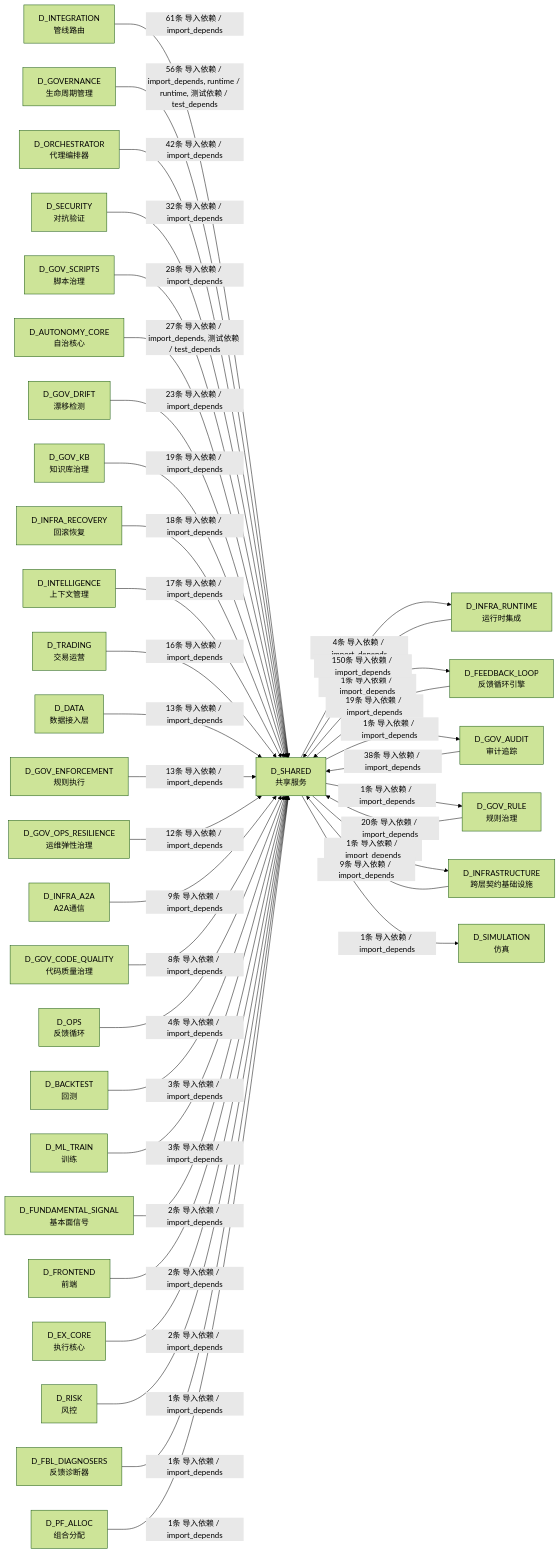
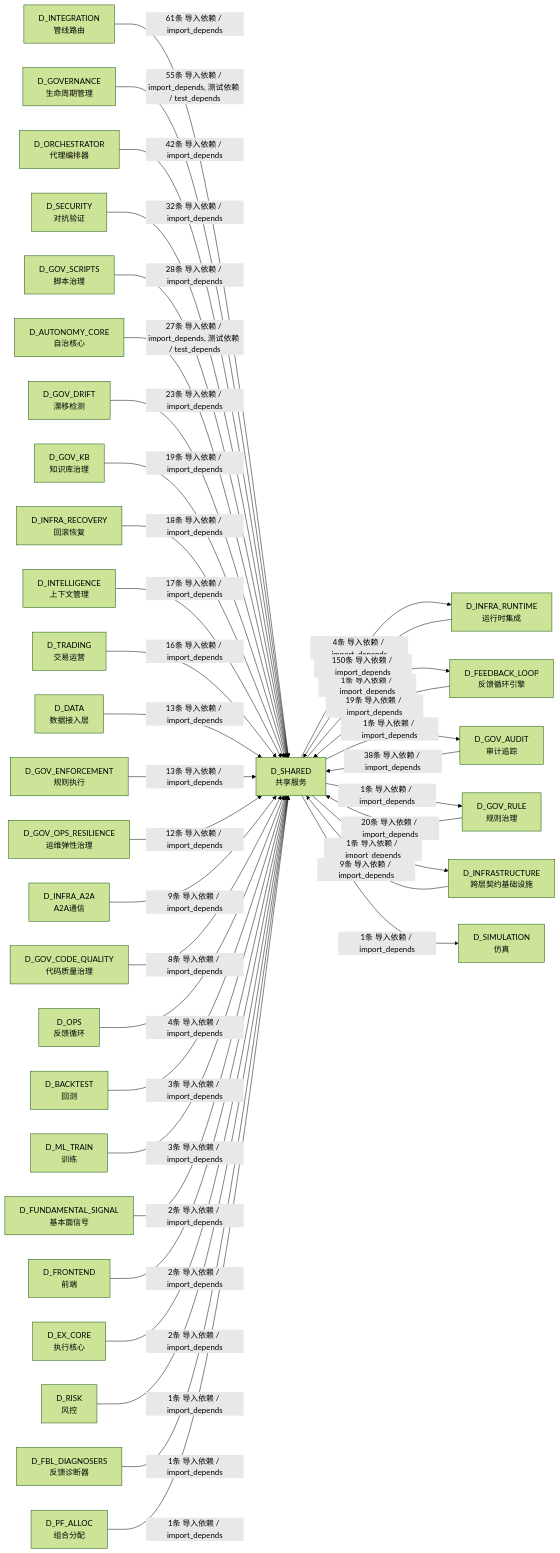
Before and after one commit to xuanFelixVan/ZephyrAlpha: the tenth of 10 diagrams in docs/02_enterprise_architecture/02_domain_architecture_docs/26_d_shared.md, drawn with Mermaid (forest theme). The commit also changed other lines of this file and 105 other files, not shown here.

````diff
--- a/docs/02_enterprise_architecture/02_domain_architecture_docs/26_d_shared.md
+++ b/docs/02_enterprise_architecture/02_domain_architecture_docs/26_d_shared.md
@@ -1749,71 +1748,71 @@
 ```mermaid
 graph LR
     D_SHARED["D_SHARED<br/>共享服务"]
     D_INFRA_RUNTIME["D_INFRA_RUNTIME<br/>运行时集成"]
     D_FEEDBACK_LOOP["D_FEEDBACK_LOOP<br/>反馈循环引擎"]
     D_GOV_AUDIT["D_GOV_AUDIT<br/>审计追踪"]
     D_GOV_RULE["D_GOV_RULE<br/>规则治理"]
     D_INFRASTRUCTURE["D_INFRASTRUCTURE<br/>跨层契约基础设施"]
     D_SIMULATION["D_SIMULATION<br/>仿真"]
     D_INTEGRATION["D_INTEGRATION<br/>管线路由"]
     D_GOVERNANCE["D_GOVERNANCE<br/>生命周期管理"]
     D_ORCHESTRATOR["D_ORCHESTRATOR<br/>代理编排器"]
     D_SECURITY["D_SECURITY<br/>对抗验证"]
     D_GOV_SCRIPTS["D_GOV_SCRIPTS<br/>脚本治理"]
     D_AUTONOMY_CORE["D_AUTONOMY_CORE<br/>自治核心"]
     D_GOV_DRIFT["D_GOV_DRIFT<br/>漂移检测"]
     D_GOV_KB["D_GOV_KB<br/>知识库治理"]
     D_INFRA_RECOVERY["D_INFRA_RECOVERY<br/>回滚恢复"]
     D_INTELLIGENCE["D_INTELLIGENCE<br/>上下文管理"]
     D_TRADING["D_TRADING<br/>交易运营"]
     D_DATA["D_DATA<br/>数据接入层"]
     D_GOV_ENFORCEMENT["D_GOV_ENFORCEMENT<br/>规则执行"]
     D_GOV_OPS_RESILIENCE["D_GOV_OPS_RESILIENCE<br/>运维弹性治理"]
     D_INFRA_A2A["D_INFRA_A2A<br/>A2A通信"]
     D_GOV_CODE_QUALITY["D_GOV_CODE_QUALITY<br/>代码质量治理"]
     D_OPS["D_OPS<br/>反馈循环"]
     D_BACKTEST["D_BACKTEST<br/>回测"]
     D_ML_TRAIN["D_ML_TRAIN<br/>训练"]
     D_FUNDAMENTAL_SIGNAL["D_FUNDAMENTAL_SIGNAL<br/>基本面信号"]
     D_FRONTEND["D_FRONTEND<br/>前端"]
     D_EX_CORE["D_EX_CORE<br/>执行核心"]
     D_RISK["D_RISK<br/>风控"]
     D_FBL_DIAGNOSERS["D_FBL_DIAGNOSERS<br/>反馈诊断器"]
     D_PF_ALLOC["D_PF_ALLOC<br/>组合分配"]
     D_SHARED -->|4条 导入依赖 / import_depends| D_INFRA_RUNTIME
     D_SHARED -->|1条 导入依赖 / import_depends| D_FEEDBACK_LOOP
     D_SHARED -->|1条 导入依赖 / import_depends| D_GOV_AUDIT
     D_SHARED -->|1条 导入依赖 / import_depends| D_GOV_RULE
     D_SHARED -->|1条 导入依赖 / import_depends| D_INFRASTRUCTURE
     D_SHARED -->|1条 导入依赖 / import_depends| D_SIMULATION
     D_INFRA_RUNTIME -->|150条 导入依赖 / import_depends| D_SHARED
     D_INTEGRATION -->|61条 导入依赖 / import_depends| D_SHARED
-    D_GOVERNANCE -->|56条 导入依赖 / import_depends, runtime / runtime, 测试依赖 / test_depends| D_SHARED
+    D_GOVERNANCE -->|55条 导入依赖 / import_depends, 测试依赖 / test_depends| D_SHARED
     D_ORCHESTRATOR -->|42条 导入依赖 / import_depends| D_SHARED
     D_GOV_AUDIT -->|38条 导入依赖 / import_depends| D_SHARED
     D_SECURITY -->|32条 导入依赖 / import_depends| D_SHARED
     D_GOV_SCRIPTS -->|28条 导入依赖 / import_depends| D_SHARED
     D_AUTONOMY_CORE -->|27条 导入依赖 / import_depends, 测试依赖 / test_depends| D_SHARED
     D_GOV_DRIFT -->|23条 导入依赖 / import_depends| D_SHARED
     D_GOV_RULE -->|20条 导入依赖 / import_depends| D_SHARED
     D_GOV_KB -->|19条 导入依赖 / import_depends| D_SHARED
     D_FEEDBACK_LOOP -->|19条 导入依赖 / import_depends| D_SHARED
     D_INFRA_RECOVERY -->|18条 导入依赖 / import_depends| D_SHARED
     D_INTELLIGENCE -->|17条 导入依赖 / import_depends| D_SHARED
     D_TRADING -->|16条 导入依赖 / import_depends| D_SHARED
     D_DATA -->|13条 导入依赖 / import_depends| D_SHARED
     D_GOV_ENFORCEMENT -->|13条 导入依赖 / import_depends| D_SHARED
     D_GOV_OPS_RESILIENCE -->|12条 导入依赖 / import_depends| D_SHARED
     D_INFRASTRUCTURE -->|9条 导入依赖 / import_depends| D_SHARED
     D_INFRA_A2A -->|9条 导入依赖 / import_depends| D_SHARED
     D_GOV_CODE_QUALITY -->|8条 导入依赖 / import_depends| D_SHARED
     D_OPS -->|4条 导入依赖 / import_depends| D_SHARED
     D_BACKTEST -->|3条 导入依赖 / import_depends| D_SHARED
     D_ML_TRAIN -->|3条 导入依赖 / import_depends| D_SHARED
     D_FUNDAMENTAL_SIGNAL -->|2条 导入依赖 / import_depends| D_SHARED
     D_FRONTEND -->|2条 导入依赖 / import_depends| D_SHARED
     D_EX_CORE -->|2条 导入依赖 / import_depends| D_SHARED
     D_RISK -->|1条 导入依赖 / import_depends| D_SHARED
     D_FBL_DIAGNOSERS -->|1条 导入依赖 / import_depends| D_SHARED
     D_PF_ALLOC -->|1条 导入依赖 / import_depends| D_SHARED
 ```
````
